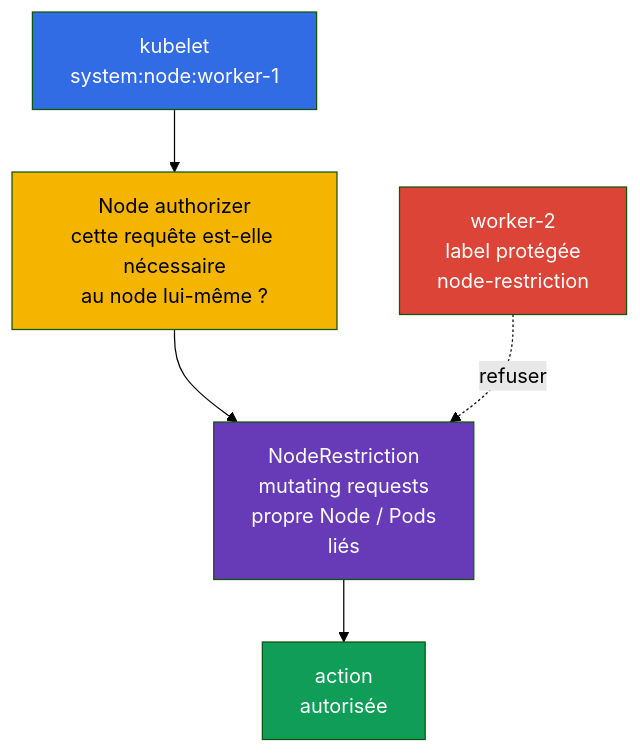
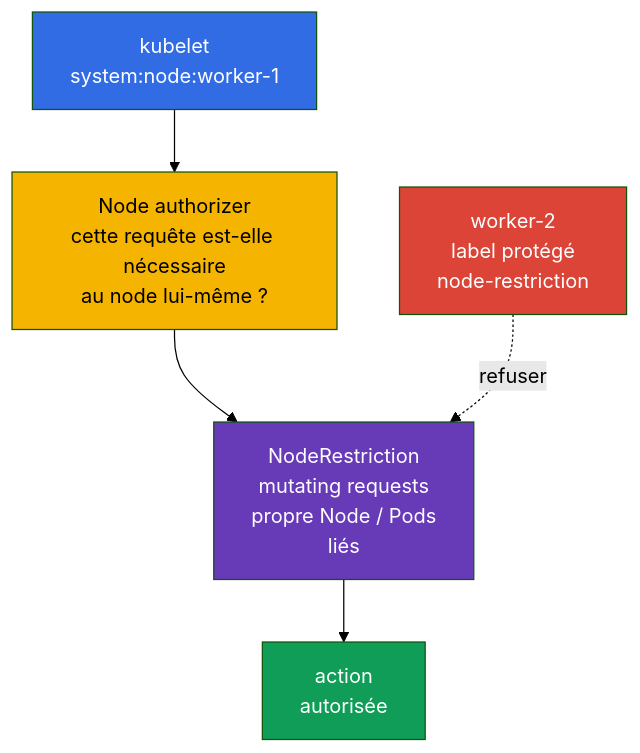
One commit to ViktorUJ/cks changed the second of 3 diagrams in tasks/cks/course/12/fr.md. Above: the diagram before and after it, drawn with Mermaid (forest theme). The commit also changed other lines of this file and 280 other files, not shown here.

````diff
--- a/tasks/cks/course/12/fr.md
+++ b/tasks/cks/course/12/fr.md
@@ -275,12 +275,12 @@
 ```mermaid
 flowchart TB
     kubelet["kubelet<br/>system:node:worker-1"] --> nodeauth["Node authorizer<br/>cette requête est-elle nécessaire<br/>au node lui-même ?"]
     nodeauth --> restriction["NodeRestriction<br/>mutating requests<br/>propre Node / Pods<br/>liés"]
     restriction --> allowed["action<br/>autorisée"]
-    bad["worker-2<br/>label protégée<br/>node-restriction"] -. "refuser" .-> restriction
+    bad["worker-2<br/>label protégé<br/>node-restriction"] -. "refuser" .-> restriction
     style kubelet fill:#326ce5,color:#fff
     style nodeauth fill:#f4b400,color:#000
     style restriction fill:#673ab7,color:#fff
     style allowed fill:#0f9d58,color:#fff
     style bad fill:#db4437,color:#fff
 ```
````
